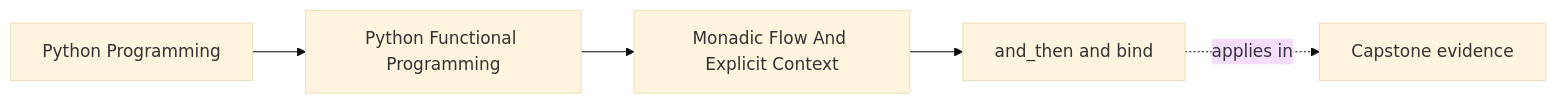
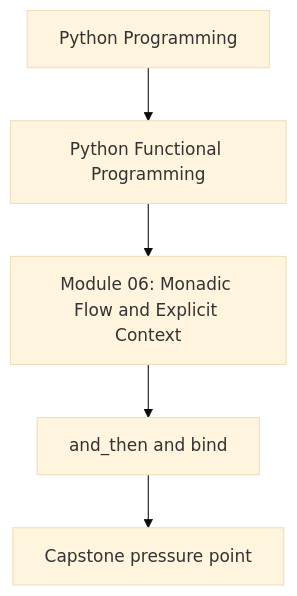
Before and after one commit to bijux/bijux-masterclass: the first of 2 diagrams in programs/python-programming/python-functional-programming/course-book/module-06-monadic-flow-and-explicit-context/and-then-and-bind.md, drawn with Mermaid (base theme). The commit also changed other lines of this file and 118 other files, not shown here.

Commit message:
docs(python-functional-programming): align concept page diagrams

````diff
--- a/programs/python-programming/python-functional-programming/course-book/module-06-monadic-flow-and-explicit-context/and-then-and-bind.md
+++ b/programs/python-programming/python-functional-programming/course-book/module-06-monadic-flow-and-explicit-context/and-then-and-bind.md
@@ -7,11 +7,7 @@
 ```mermaid
-graph LR
-  family["Python Programming"]
-  program["Python Functional Programming"]
-  section["Monadic Flow And Explicit Context"]
-  page["and_then and bind"]
-  capstone["Capstone evidence"]
-
-  family --> program --> section --> page
-  page -.applies in.-> capstone
+flowchart TD
+  family["Python Programming"] --> program["Python Functional Programming"]
+  program --> module["Module 06: Monadic Flow and Explicit Context"]
+  module --> concept["and_then and bind"]
+  concept --> capstone["Capstone pressure point"]
 ```
````
